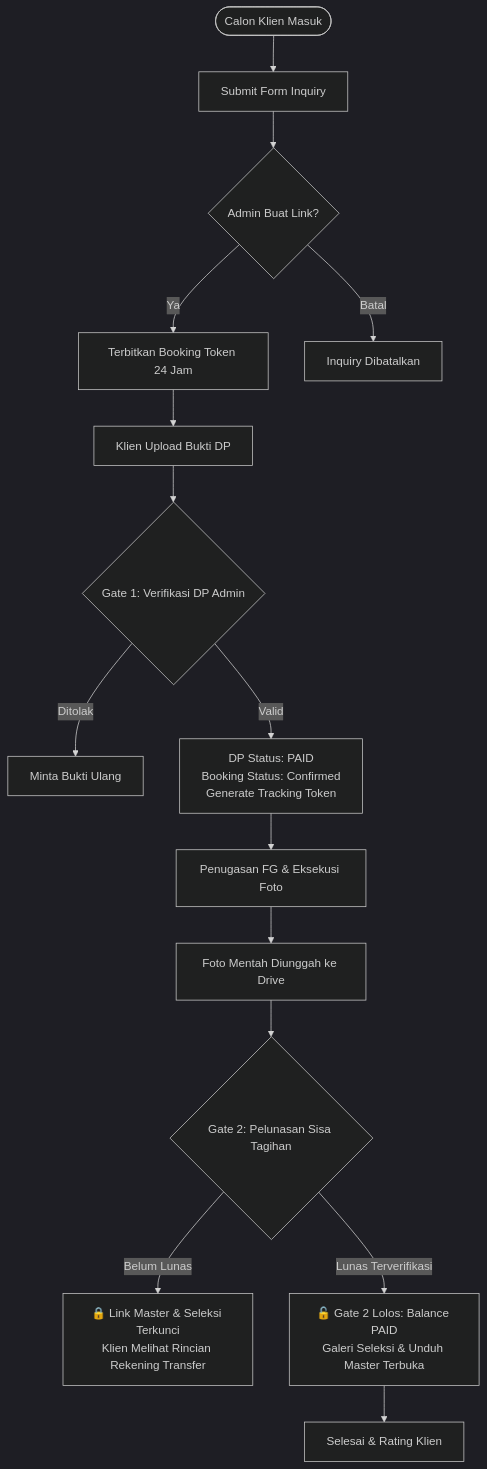
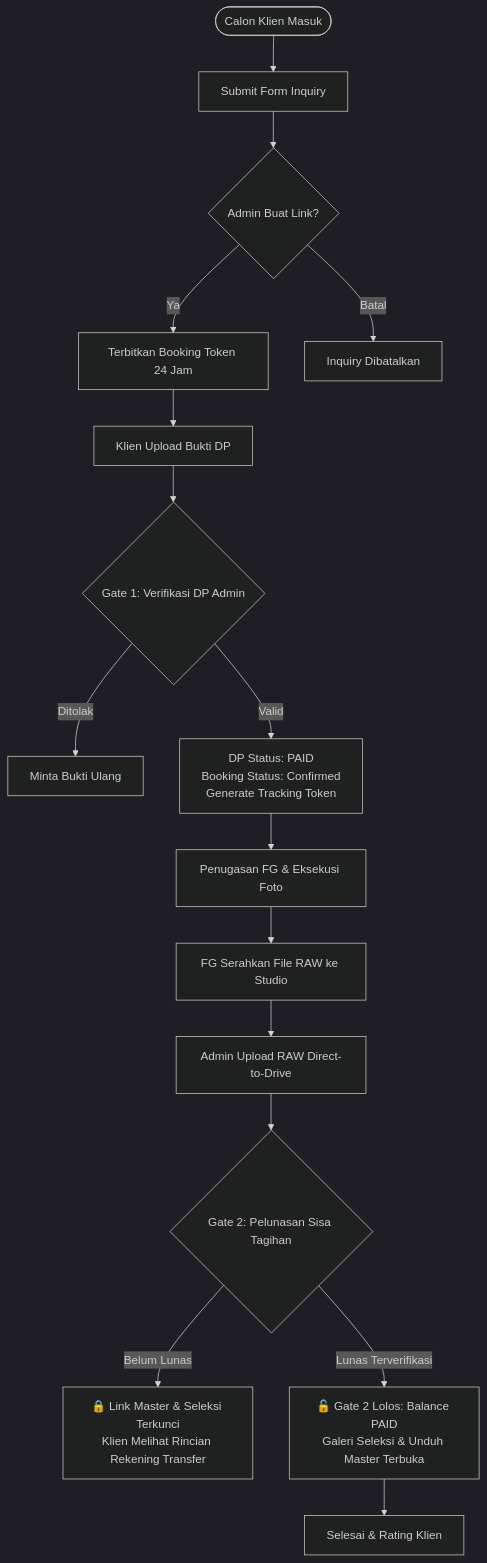
The second of 4 diagrams in FLOW_SISTEM/DOKUMENTASI_KOMPREHENSIF_DAN_DEEP_AUDIT_SISTEM_WISUDA.md (armansyam/Wisuda), drawn with Mermaid (dark theme) before and after one commit. The commit also changed other lines of this file, not shown here.

Commit message:
docs: clarify 100% Admin-Centric Photo Upload & remove false freelance upload mentions

````diff
--- a/FLOW_SISTEM/DOKUMENTASI_KOMPREHENSIF_DAN_DEEP_AUDIT_SISTEM_WISUDA.md
+++ b/FLOW_SISTEM/DOKUMENTASI_KOMPREHENSIF_DAN_DEEP_AUDIT_SISTEM_WISUDA.md
@@ -130,21 +132,22 @@
 ```mermaid
 graph TD
     Start([Calon Klien Masuk]) --> Inq[Submit Form Inquiry]
     Inq --> AdminReview{Admin Buat Link?}
     AdminReview -->|Ya| Token[Terbitkan Booking Token 24 Jam]
     AdminReview -->|Batal| RejectInq[Inquiry Dibatalkan]
     
     Token --> ClientDP[Klien Upload Bukti DP]
     ClientDP --> Gate1Check{Gate 1: Verifikasi DP Admin}
     Gate1Check -->|Ditolak| ReuploadDP[Minta Bukti Ulang]
     Gate1Check -->|Valid| Gate1Pass[DP Status: PAID<br/>Booking Status: Confirmed<br/>Generate Tracking Token]
     
     Gate1Pass --> SesiFoto[Penugasan FG & Eksekusi Foto]
-    SesiFoto --> StagingReady[Foto Mentah Diunggah ke Drive]
+    SesiFoto --> SerahRAW[FG Serahkan File RAW ke Studio]
+    SerahRAW --> AdminRAW[Admin Upload RAW Direct-to-Drive]
     
-    StagingReady --> Gate2Check{Gate 2: Pelunasan Sisa Tagihan}
+    AdminRAW --> Gate2Check{Gate 2: Pelunasan Sisa Tagihan}
     Gate2Check -->|Belum Lunas| LockMaster[🔒 Link Master & Seleksi Terkunci<br/>Klien Melihat Rincian Rekening Transfer]
     Gate2Check -->|Lunas Terverifikasi| UnlockMaster[🔓 Gate 2 Lolos: Balance PAID<br/>Galeri Seleksi & Unduh Master Terbuka]
     
     UnlockMaster --> Finish[Selesai & Rating Klien]
 ```
````
